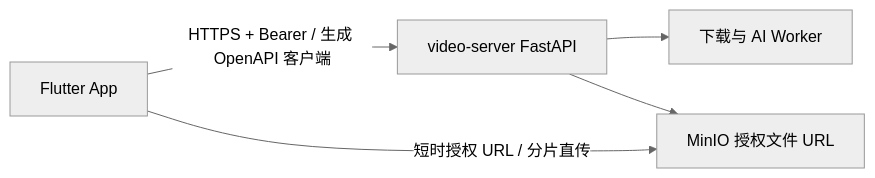
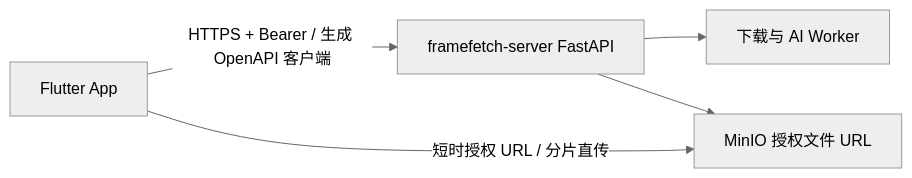
One commit to StephenQiu30/framefetch-app changed the diagram in docs/design/01-目标与边界.md. Above: the diagram before and after it, drawn with Mermaid (neutral theme). The commit also changed other lines of this file and 1795 other files, not shown here.

````diff
--- a/docs/design/01-目标与边界.md
+++ b/docs/design/01-目标与边界.md
@@ -12,7 +12,7 @@
 ```mermaid
 flowchart LR
-  App[Flutter App] -->|HTTPS + Bearer / 生成 OpenAPI 客户端| API[video-server FastAPI]
+  App[Flutter App] -->|HTTPS + Bearer / 生成 OpenAPI 客户端| API[framefetch-server FastAPI]
   API --> Jobs[下载与 AI Worker]
   API --> Storage[MinIO 授权文件 URL]
   App -->|短时授权 URL / 分片直传| Storage
 ```
````
